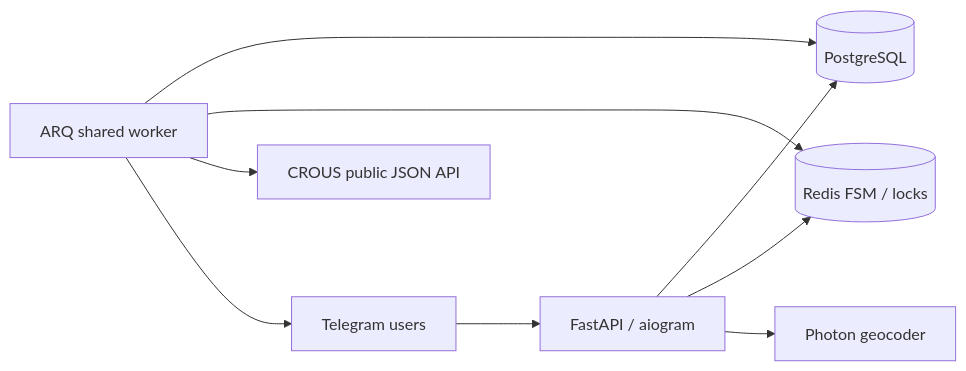
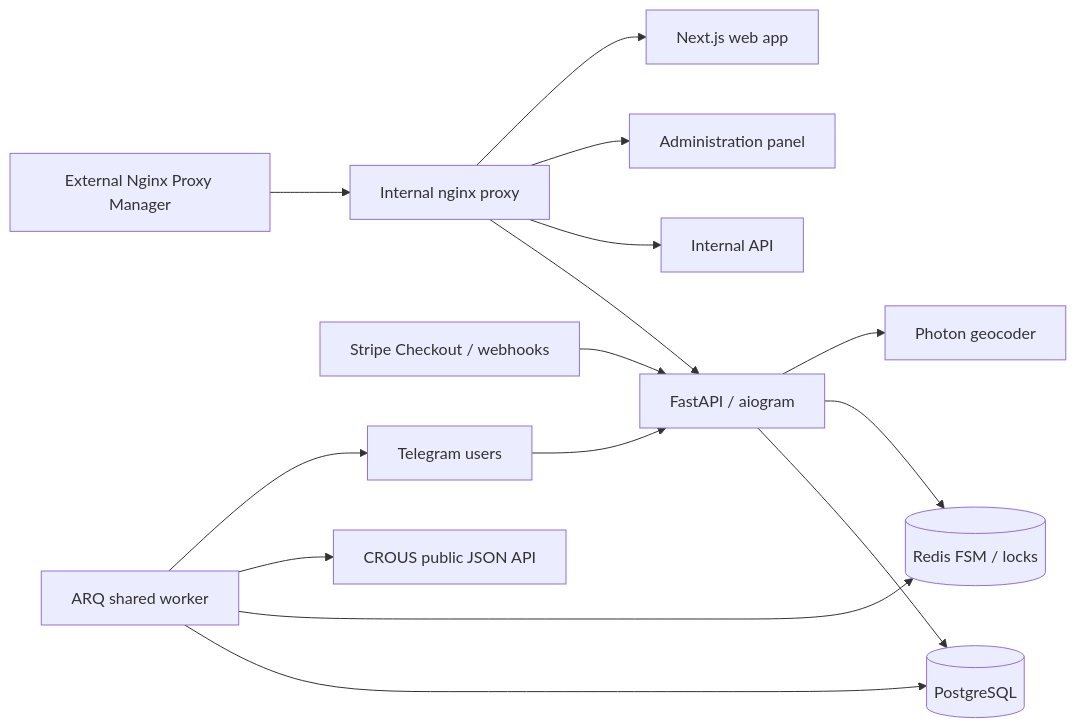
One commit to Drobysz/crous_apartment_monitoring changed the diagram in INVESTIGATION.md. Above: the diagram before and after it, drawn with Mermaid. The commit also changed other lines of this file and 3 other files, not shown here.

````diff
--- a/INVESTIGATION.md
+++ b/INVESTIGATION.md
@@ -16,11 +16,17 @@
 ```mermaid
 flowchart LR
   TG[Telegram users] --> API[FastAPI / aiogram]
+  Stripe[Stripe Checkout / webhooks] --> API
+  NPM[External Nginx Proxy Manager] --> P[Internal nginx proxy]
+  P --> API
+  P --> A[Internal API]
+  P --> Admin[Administration panel]
+  P --> Web[Next.js web app]
   API --> PG[(PostgreSQL)]
   API --> R[(Redis FSM / locks)]
   W[ARQ shared worker] --> PG
   W --> R
   W --> C[CROUS public JSON API]
   W --> TG
   API --> G[Photon geocoder]
 ```
````
